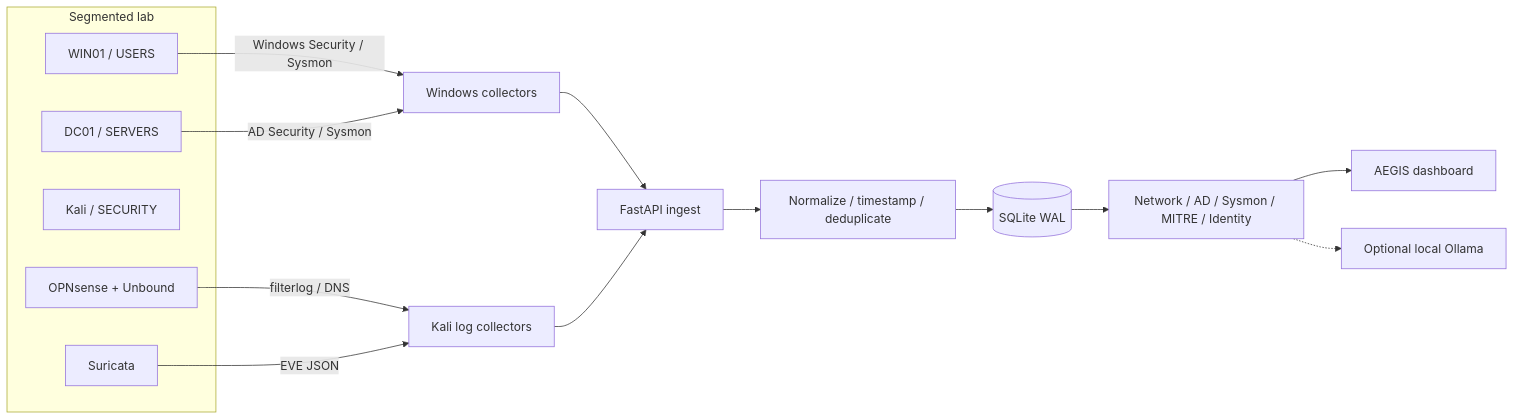
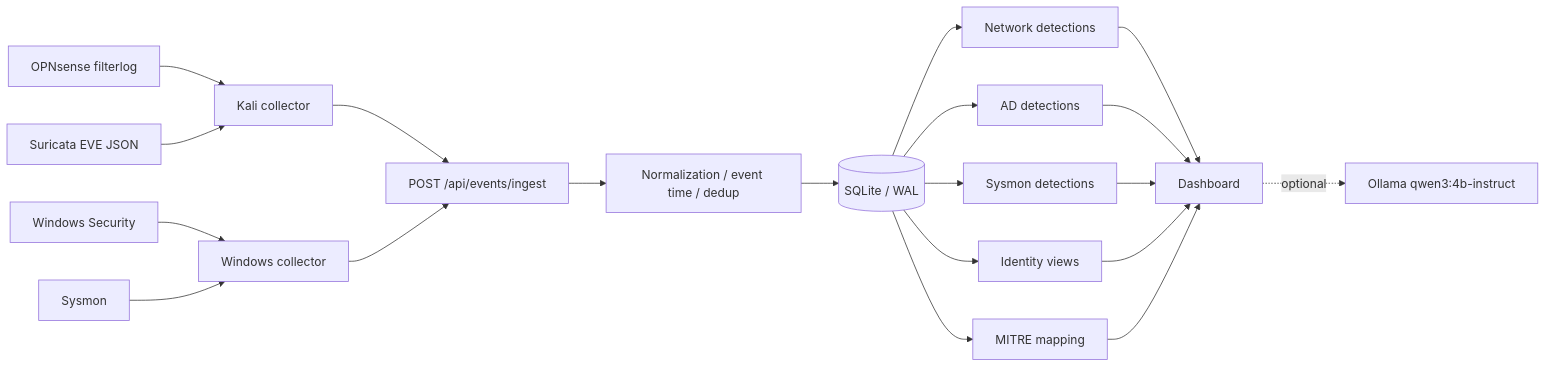
One commit to mahirkau1/AEGIS-SOC changed the diagram in README.md. Above: the diagram before and after it, drawn with Mermaid. The commit also changed other lines of this file and 13 other files, not shown here.

Commit message:
docs: document completed AEGIS SOC lab and validation evidence

````diff
--- a/README.md
+++ b/README.md
@@ -19,21 +162,22 @@
 ```mermaid
 flowchart LR
-  subgraph LAB[Segmented lab]
-    W[WIN01 / USERS]
-    D[DC01 / SERVERS]
-    K[Kali / SECURITY]
-    F[OPNsense + Unbound]
-    S[Suricata]
-  end
-  W -->|Windows Security / Sysmon| A[Windows collectors]
-  D -->|AD Security / Sysmon| A
-  F -->|filterlog / DNS| C[Kali log collectors]
-  S -->|EVE JSON| C
-  A --> I[FastAPI ingest]
-  C --> I
-  I --> P[Normalize / timestamp / deduplicate]
-  P --> DB[(SQLite WAL)]
-  DB --> E[Network / AD / Sysmon / MITRE / Identity]
-  E --> UI[AEGIS dashboard]
-  E -.-> AI[Optional local Ollama]
+    A[OPNsense filterlog] --> C[Kali collector]
+    B[Suricata EVE JSON] --> C
+    D[Windows Security] --> E[Windows collector]
+    F[Sysmon] --> E
+    C --> G[POST /api/events/ingest]
+    E --> G
+    G --> H[Normalization / event time / dedup]
+    H --> I[(SQLite / WAL)]
+    I --> J[Network detections]
+    I --> K[AD detections]
+    I --> L[Sysmon detections]
+    I --> M[Identity views]
+    I --> N[MITRE mapping]
+    J --> O[Dashboard]
+    K --> O
+    L --> O
+    M --> O
+    N --> O
+    O -. optional .-> P[Ollama qwen3:4b-instruct]
 ```
````
